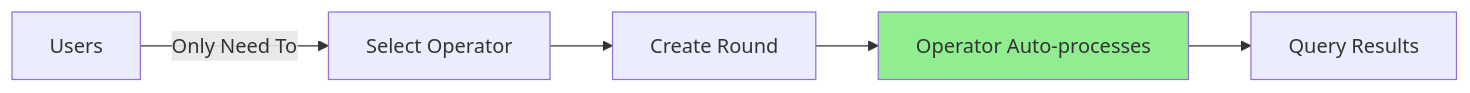
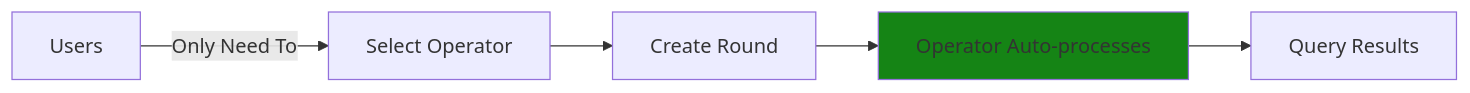
One commit to DoraFactory/maci changed the first of 6 diagrams in docs/content/en/docs/contracts/registry.mdx. Above: the diagram before and after it, drawn with Mermaid. The commit also changed 2 other files, not shown here.

Commit message:
minor fixes

````diff
--- a/docs/content/en/docs/contracts/registry.mdx
+++ b/docs/content/en/docs/contracts/registry.mdx
@@ -20,9 +20,9 @@
 ```mermaid
 graph LR
     A[Users] -->|Only Need To| B[Select Operator]
     B --> C[Create Round]
     C --> D[Operator Auto-processes]
     D --> E[Query Results]
     
-    style D fill:#90EE90
+    style D fill:#158415
 ```
````
